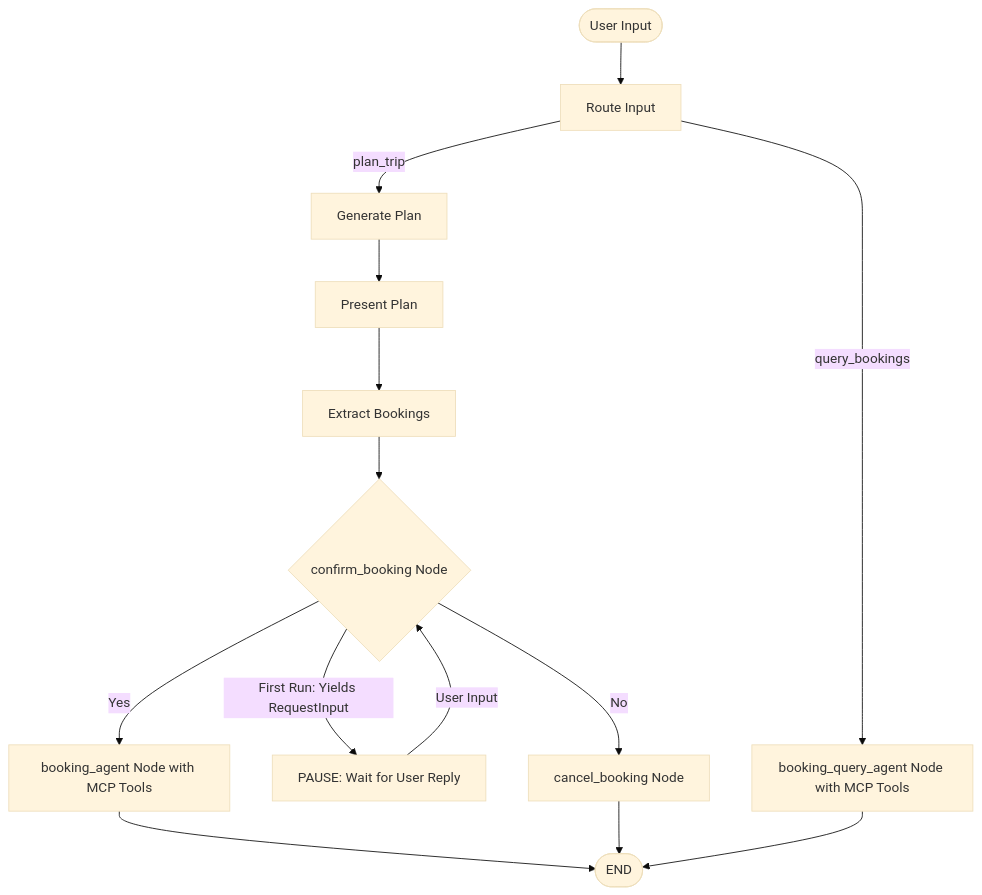
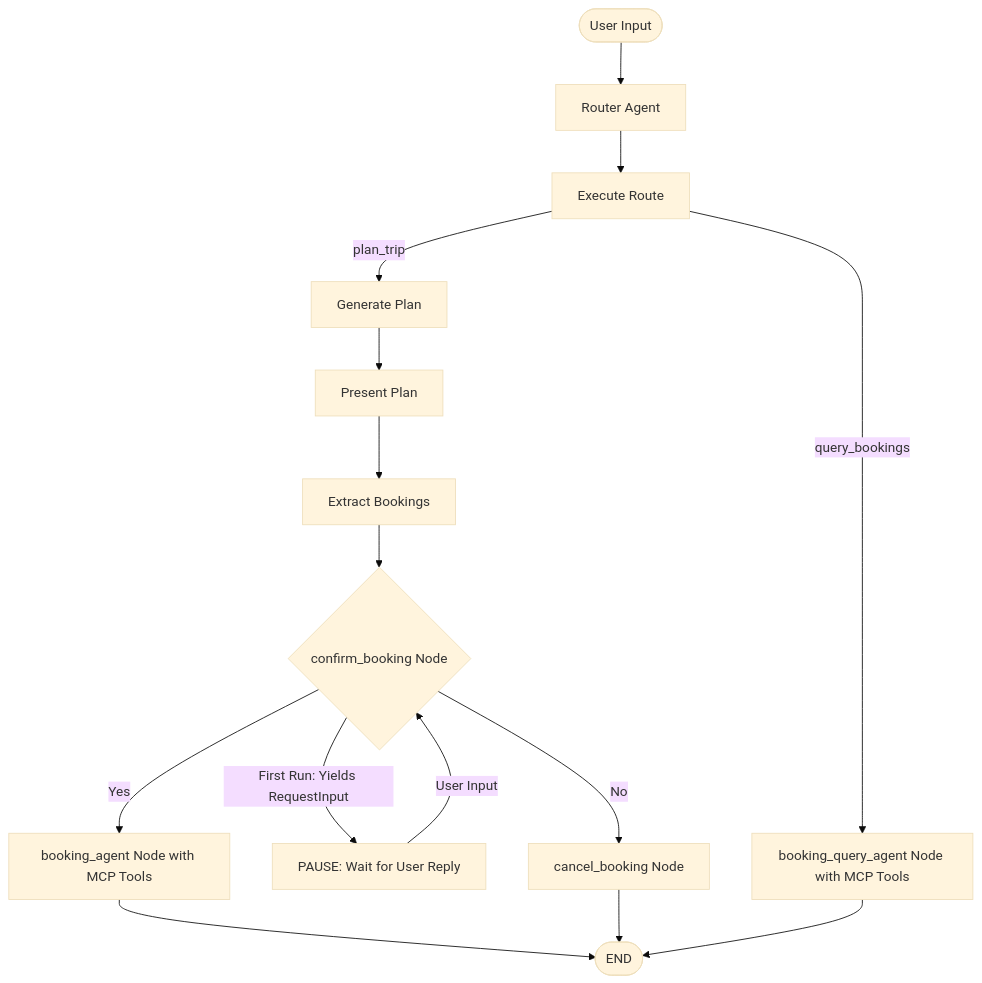
One commit to rtannenbaum/agentic-trip-planner changed the diagram in README.md. Above: the diagram before and after it, drawn with Mermaid (base theme). The commit also changed 1 other file, not shown here.

Commit message:
make query handling more robust by using an agent instead of keyword matcher

````diff
--- a/README.md
+++ b/README.md
@@ -86,16 +86,17 @@
 ```mermaid
 graph TD
-    START([User Input]) --> route_input[Route Input]
-    route_input -- "plan_trip" --> trip_generator[Generate Plan]
-    route_input -- "query_bookings" --> booking_query_agent[booking_query_agent Node with MCP Tools]
+    START([User Input]) --> router_agent[Router Agent]
+    router_agent --> execute_route[Execute Route]
+    execute_route -- "plan_trip" --> trip_generator[Generate Plan]
+    execute_route -- "query_bookings" --> booking_query_agent[booking_query_agent Node with MCP Tools]
     trip_generator --> present_plan[Present Plan]
     present_plan --> booking_preparer[Extract Bookings]
     booking_preparer --> confirm_booking{confirm_booking Node}
     confirm_booking -- First Run: Yields RequestInput --> PAUSE[PAUSE: Wait for User Reply]
     PAUSE -- User Input --> confirm_booking
     confirm_booking -- Yes --> booking_agent[booking_agent Node with MCP Tools]
     confirm_booking -- No --> cancel_booking[cancel_booking Node]
     booking_agent --> END([END])
     cancel_booking --> END
     booking_query_agent --> END
 ```
````
